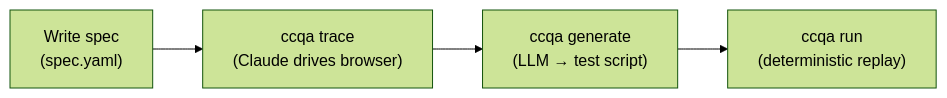
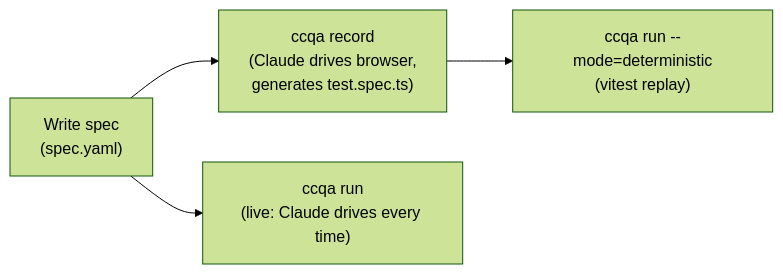
Before and after one commit to shibukazu/ccqa: the diagram in README.md, drawn with Mermaid (forest theme). The commit also changed other lines of this file and 32 other files, not shown here.

First line of the commit message:
feat(run): per-spec mode dispatcher + unified report (#49 / #47)

````diff
--- a/README.md
+++ b/README.md
@@ -11,6 +16,6 @@
 ```mermaid
 flowchart LR
-    A["Write spec\n(spec.yaml)"] --> B["ccqa trace\n(Claude drives browser)"]
-    B --> C["ccqa generate\n(LLM → test script)"]
-    C --> D["ccqa run\n(deterministic replay)"]
+    A["Write spec\n(spec.yaml)"] --> B["ccqa record\n(Claude drives browser,\ngenerates test.spec.ts)"]
+    B --> C["ccqa run --mode=deterministic\n(vitest replay)"]
+    A --> D["ccqa run\n(live: Claude drives every time)"]
 ```
````
